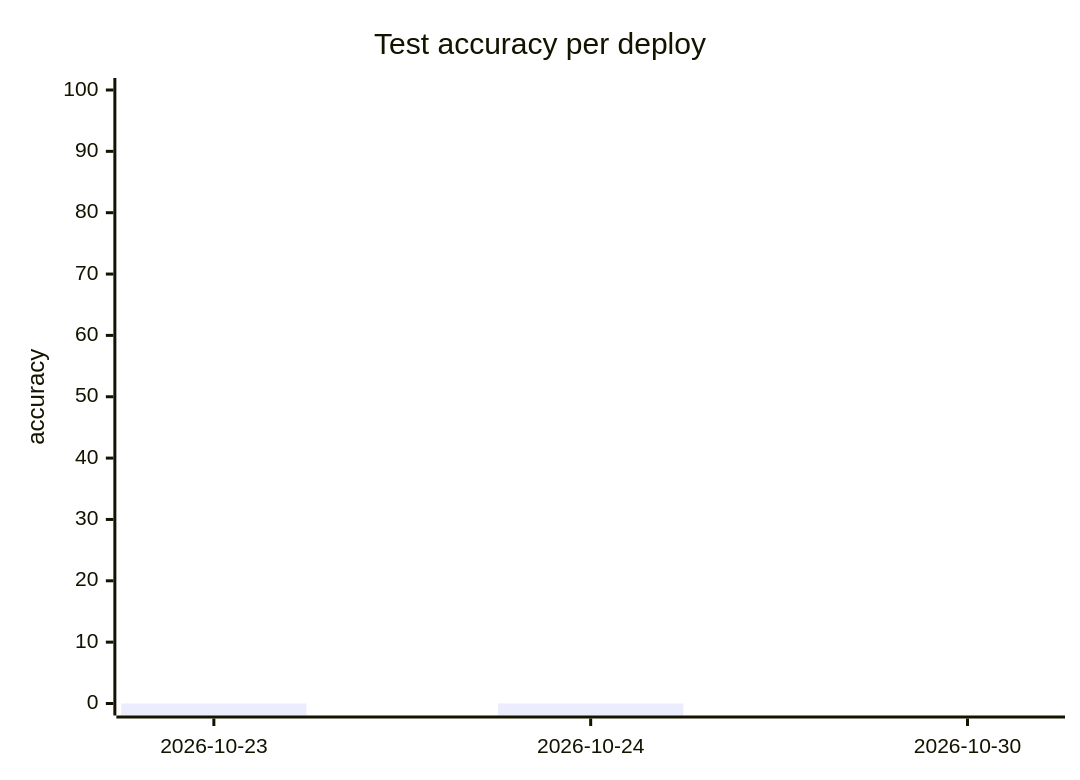
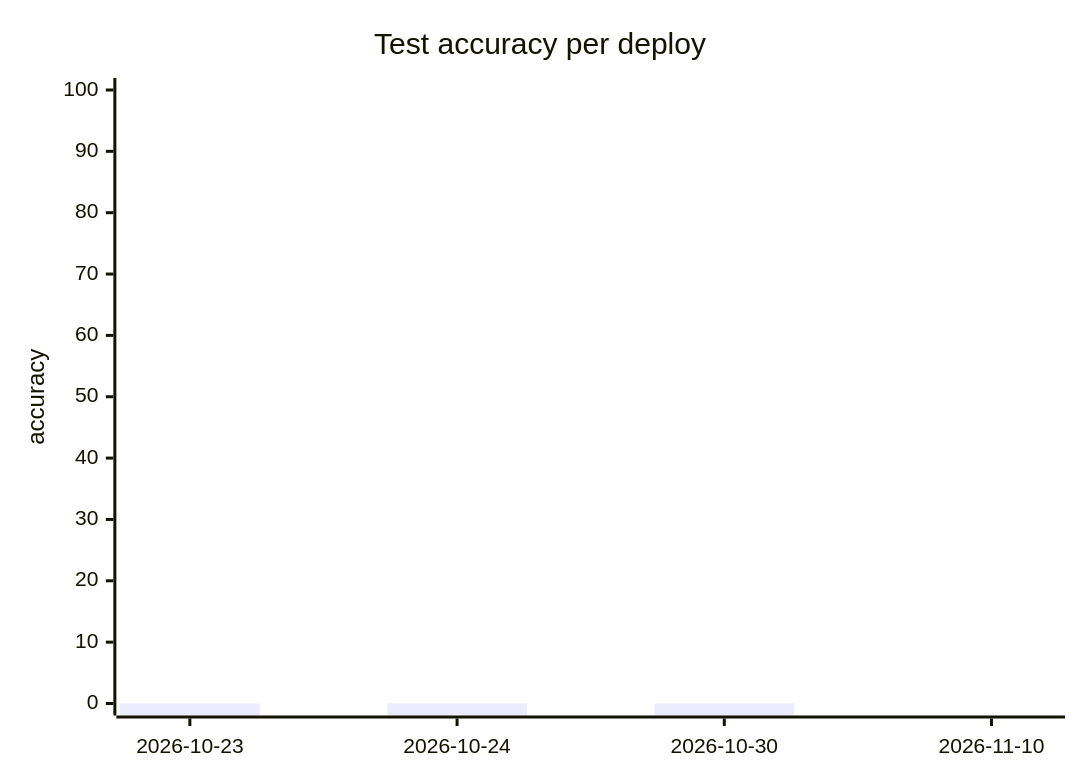
One commit to vtop-xceed/auto-captcha changed the second of 2 diagrams in training/README.md. Above: the diagram before and after it, drawn with Mermaid. The commit also changed other lines of this file, not shown here.

Commit message:
chart: 2026-11-10 images=3937 acc=%

````diff
--- a/training/README.md
+++ b/training/README.md
@@ -41,7 +42,7 @@
 ```mermaid
 xychart-beta
     title "Test accuracy per deploy"
-    x-axis [2026-10-23, 2026-10-24, 2026-10-30]
+    x-axis [2026-10-23, 2026-10-24, 2026-10-30, 2026-11-10]
     y-axis "accuracy" 0 --> 100
-    bar [0, 0]
+    bar [0, 0, 0]
 ```
````
